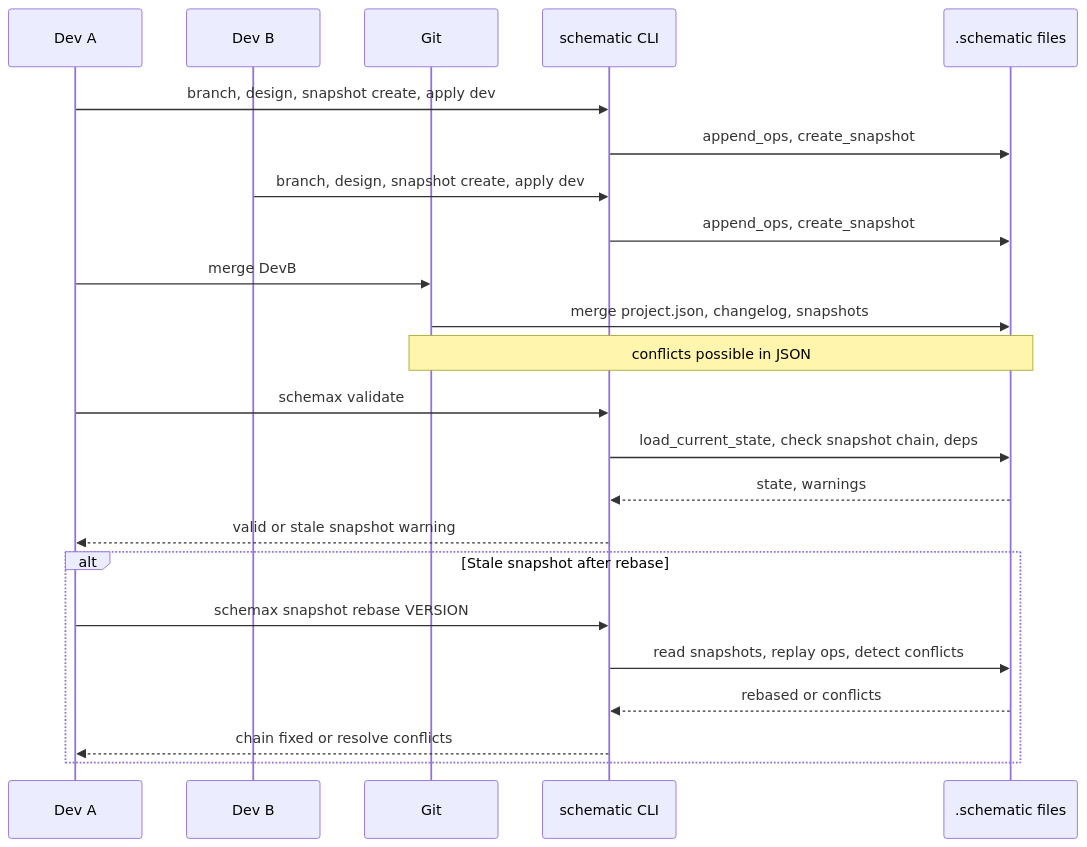
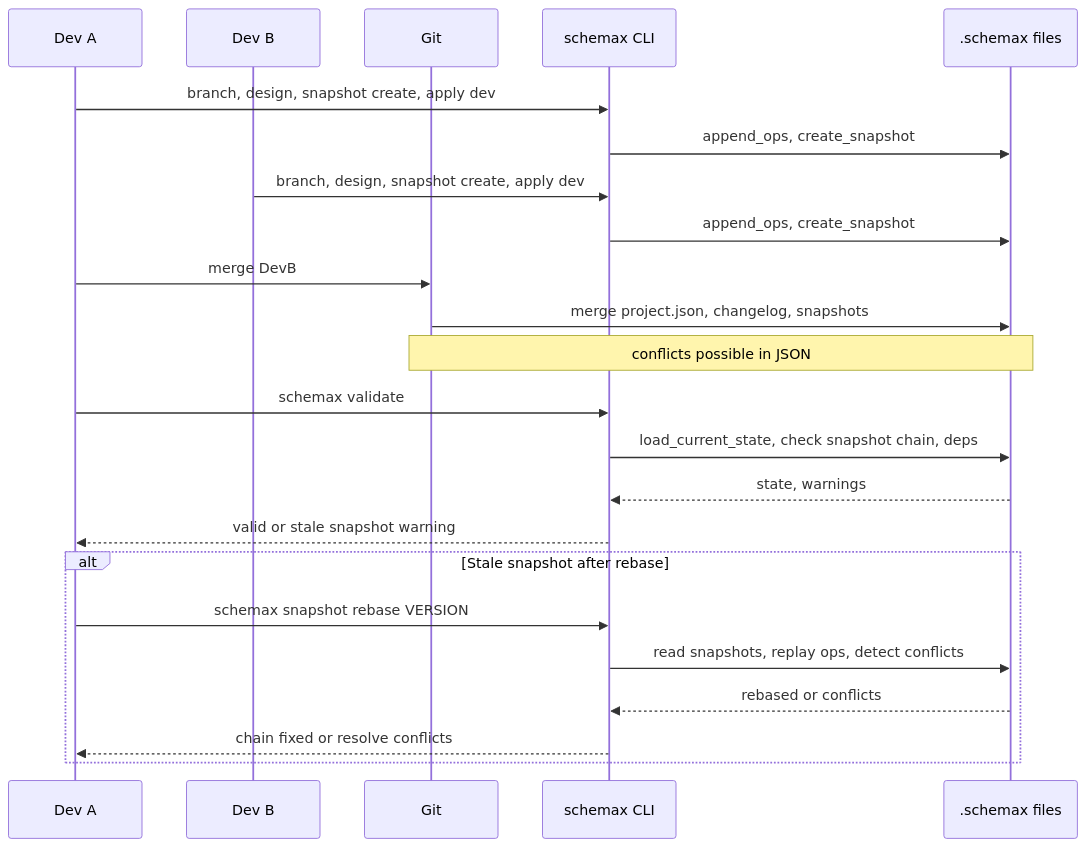
One commit to vb-dbrks/schemax changed the second of 6 diagrams in docs/WORKFLOWS.md. Above: the diagram before and after it, drawn with Mermaid. The commit also changed other lines of this file and 41 other files, not shown here.

````diff
--- a/docs/WORKFLOWS.md
+++ b/docs/WORKFLOWS.md
@@ -93,29 +93,29 @@
 ```mermaid
 sequenceDiagram
   participant DevA as Dev A
   participant DevB as Dev B
   participant Git as Git
-  participant CLI as schematic CLI
-  participant Storage as .schematic files
+  participant CLI as schemax CLI
+  participant Storage as .schemax files
 
   DevA->>CLI: branch, design, snapshot create, apply dev
   CLI->>Storage: append_ops, create_snapshot
   DevB->>CLI: branch, design, snapshot create, apply dev
   CLI->>Storage: append_ops, create_snapshot
 
   DevA->>Git: merge DevB
   Git->>Storage: merge project.json, changelog, snapshots
   Note over Git,Storage: conflicts possible in JSON
 
   DevA->>CLI: schemax validate
   CLI->>Storage: load_current_state, check snapshot chain, deps
   Storage-->>CLI: state, warnings
   CLI-->>DevA: valid or stale snapshot warning
 
   alt Stale snapshot after rebase
     DevA->>CLI: schemax snapshot rebase VERSION
     CLI->>Storage: read snapshots, replay ops, detect conflicts
     Storage-->>CLI: rebased or conflicts
     CLI-->>DevA: chain fixed or resolve conflicts
   end
 ```
````
